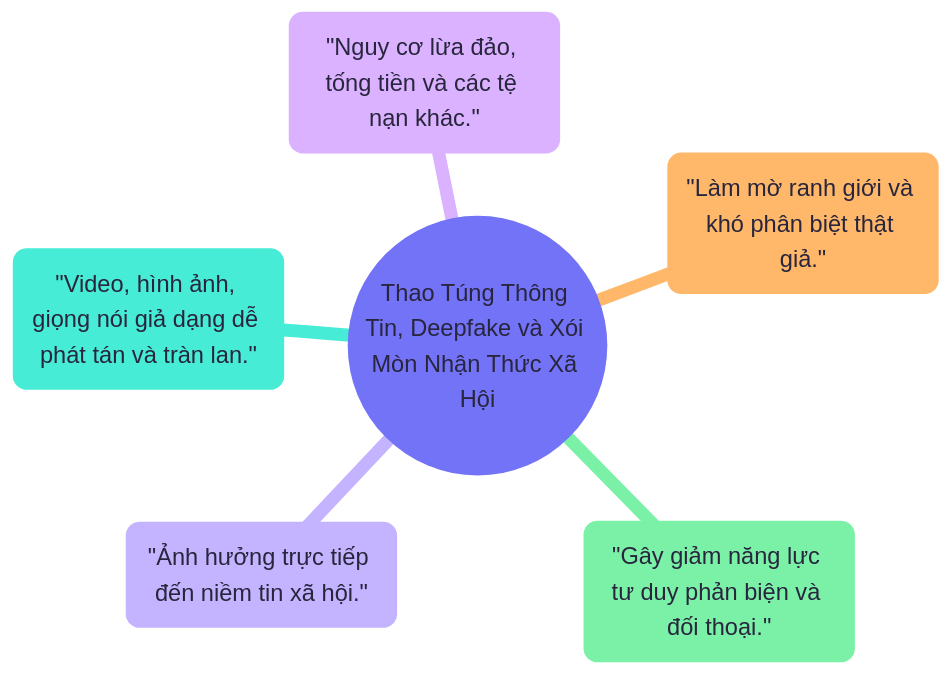
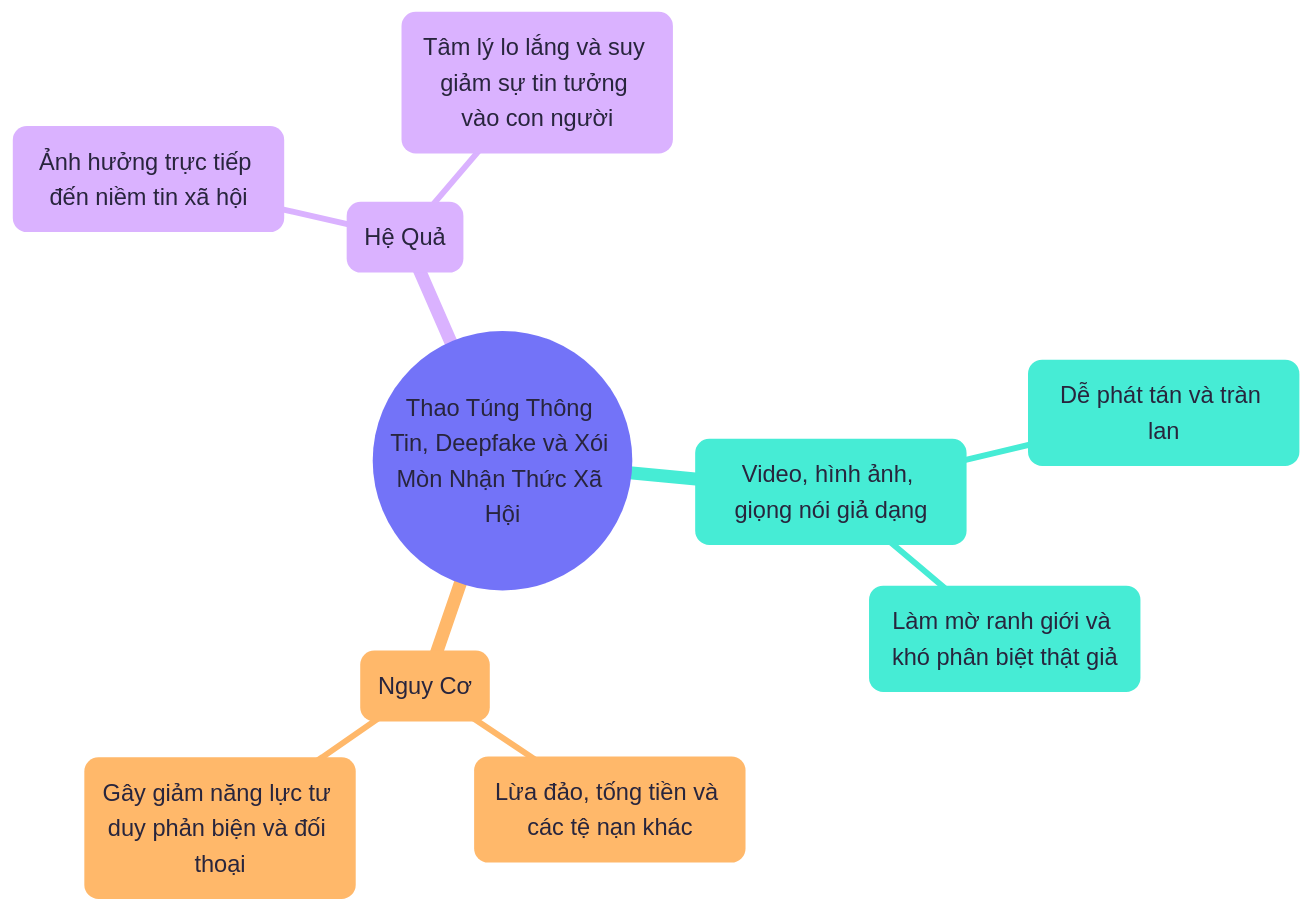
One commit to sam-uit/typst-report-template changed the diagram in content/diagrams/chapter05-thao-tung-thong-tin-deepfake-va-xoi-mon.mmd. Above: the diagram before and after it, drawn with Mermaid.

```diff
--- a/content/diagrams/chapter05-thao-tung-thong-tin-deepfake-va-xoi-mon.mmd
+++ b/content/diagrams/chapter05-thao-tung-thong-tin-deepfake-va-xoi-mon.mmd
@@ -1,14 +1,18 @@
 ---
 config:
   theme: redux-color
   themeVariables:
     fontFamily: Google Sans
     fontSize: 20px
 ---
 mindmap
   root(("Thao Túng Thông Tin, Deepfake và Xói Mòn Nhận Thức Xã Hội"))
-    "Video, hình ảnh, giọng nói giả dạng dễ phát tán và tràn lan."
-    "Làm mờ ranh giới và khó phân biệt thật giả."
-    "Nguy cơ lừa đảo, tống tiền và các tệ nạn khác."
-    "Gây giảm năng lực tư duy phản biện và đối thoại."
-    "Ảnh hưởng trực tiếp đến niềm tin xã hội."
+    (Video, hình ảnh, giọng nói giả dạng)
+      Dễ phát tán và tràn lan
+      Làm mờ ranh giới và khó phân biệt thật giả
+    (Nguy Cơ)
+      Lừa đảo, tống tiền và các tệ nạn khác
+      Gây giảm năng lực tư duy phản biện và đối thoại
+    (Hệ Quả)
+      Ảnh hưởng trực tiếp đến niềm tin xã hội
+      Tâm lý lo lắng và suy giảm sự tin tưởng vào con người
```
